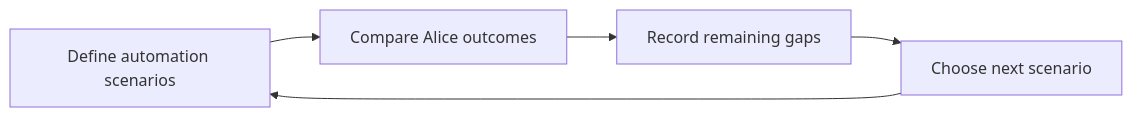
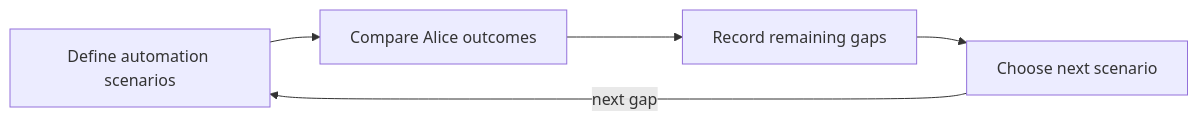
One commit to rysweet/drinkme changed the second of 5 diagrams in README.md. Above: the diagram before and after it, drawn with Mermaid. The commit also changed other lines of this file and 1 other file, not shown here.

````diff
--- a/README.md
+++ b/README.md
@@ -28,5 +28,5 @@
 ```mermaid
 flowchart LR
   Scenarios["Define automation scenarios"] --> Compare["Compare Alice outcomes"] --> Gaps["Record remaining gaps"] --> Next["Choose next scenario"]
-  Next --> Scenarios
+  Next -->|next gap| Scenarios
 ```
````
